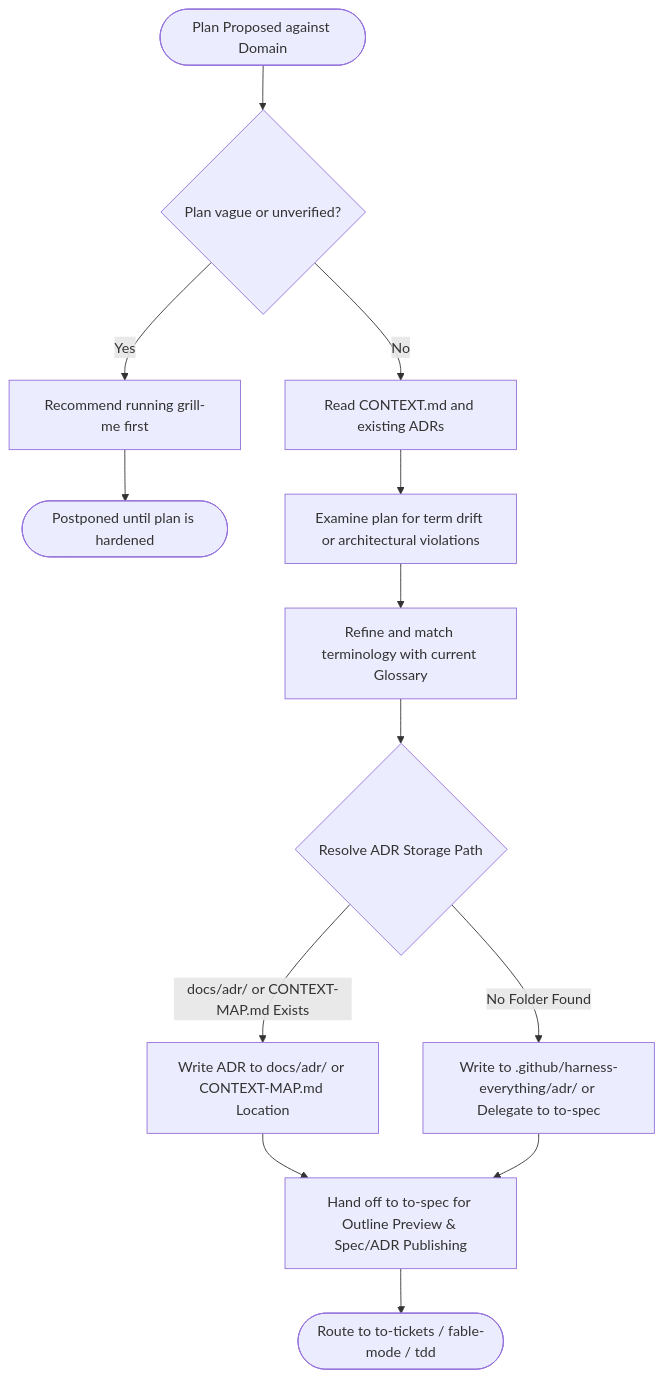
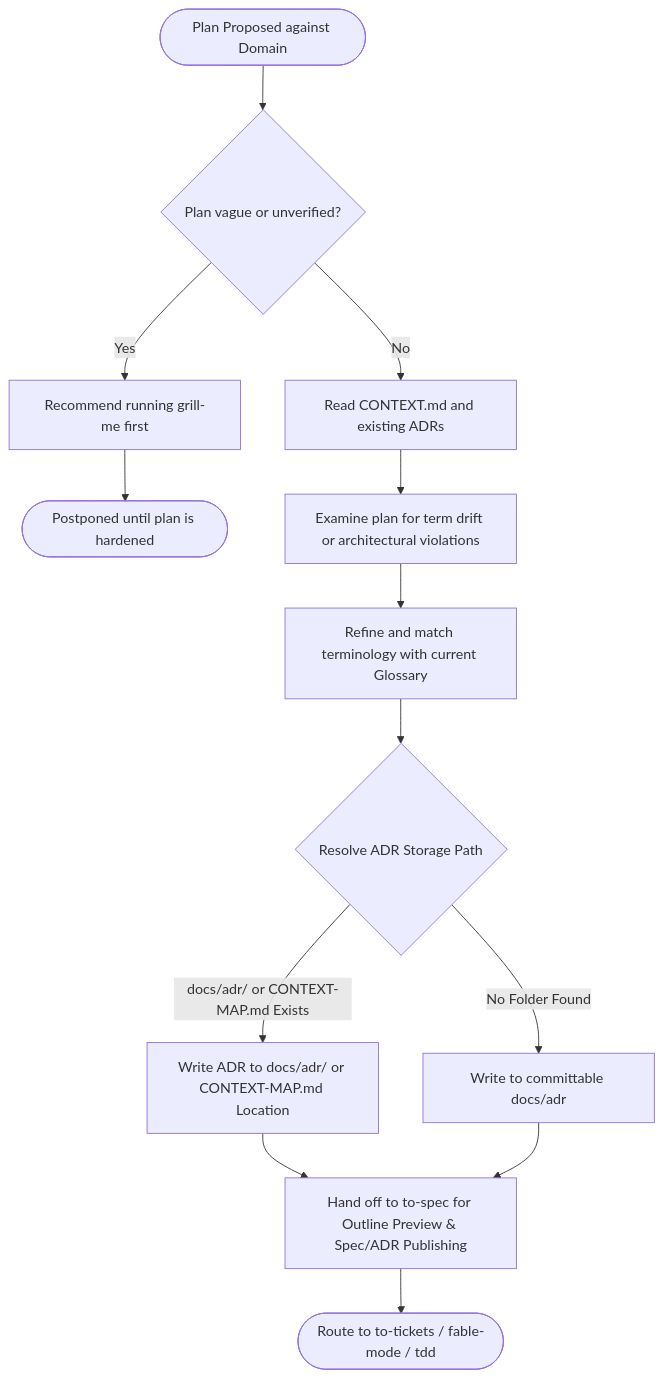
The first of 3 diagrams in docs/workflows/grill-with-docs.md (dyphn1/Harness-everything), drawn with Mermaid before and after one commit. The commit also changed 12 other files, not shown here.

````diff
--- a/docs/workflows/grill-with-docs.md
+++ b/docs/workflows/grill-with-docs.md
@@ -11,17 +11,17 @@
 ```mermaid
 graph TD
   Start([Plan Proposed against Domain]) --> CheckCoreValidity{Plan vague or unverified?}
   CheckCoreValidity -->|Yes| RecommendGrillMe["Recommend running grill-me first"]
   CheckCoreValidity -->|No| ReadDomainModel["Read CONTEXT.md and existing ADRs"]
   RecommendGrillMe --> EndVague([Postponed until plan is hardened])
   ReadDomainModel --> ChallengeDrift["Examine plan for term drift or architectural violations"]
   ChallengeDrift --> UpdateGlossary["Refine and match terminology with current Glossary"]
   UpdateGlossary --> ResolveADRPath{Resolve ADR Storage Path}
   
   ResolveADRPath -->|docs/adr/ or CONTEXT-MAP.md Exists| WriteDocs["Write ADR to docs/adr/ or CONTEXT-MAP.md Location"]
-  ResolveADRPath -->|No Folder Found| WritePlatform["Write to .github/harness-everything/adr/ or Delegate to to-spec"]
+  ResolveADRPath -->|No Folder Found| WriteFallback["Write to committable docs/adr"]
   
   WriteDocs --> ToSpec["Hand off to to-spec for Outline Preview & Spec/ADR Publishing"]
-  WritePlatform --> ToSpec
+  WriteFallback --> ToSpec
   ToSpec --> End([Route to to-tickets / fable-mode / tdd])
 ```
````
